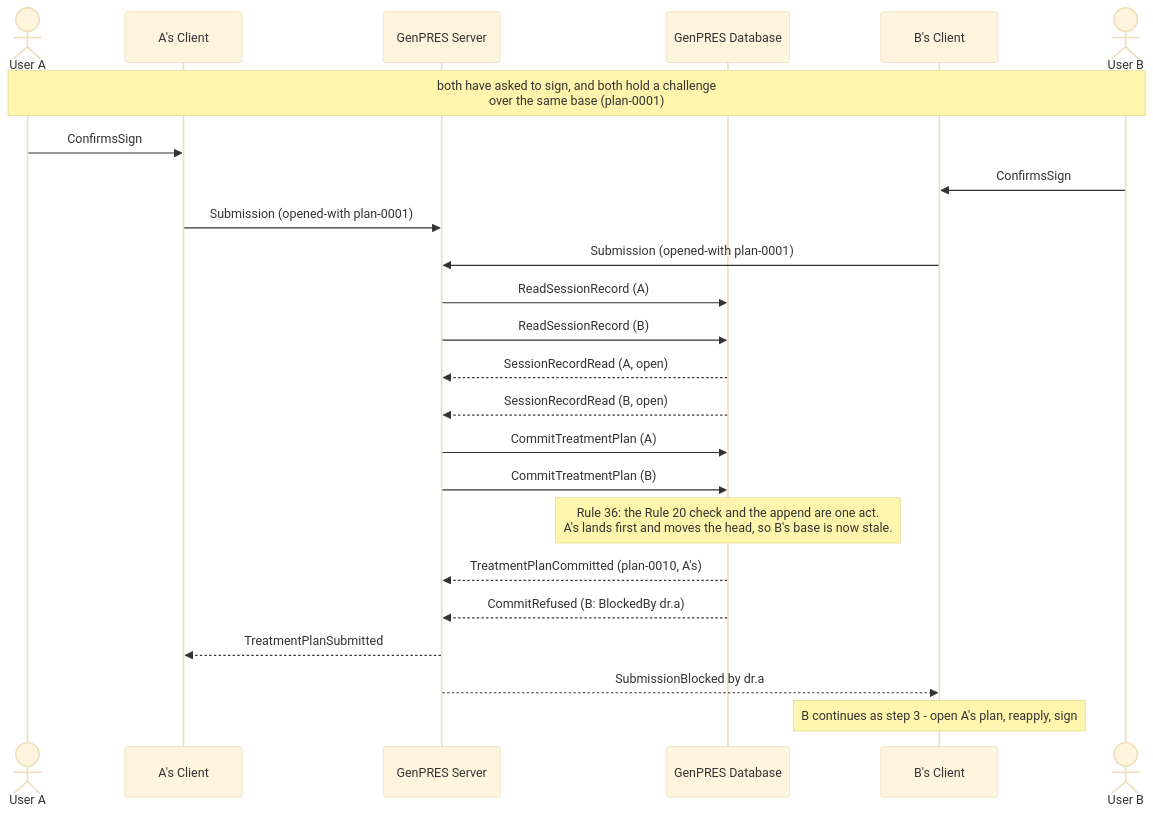
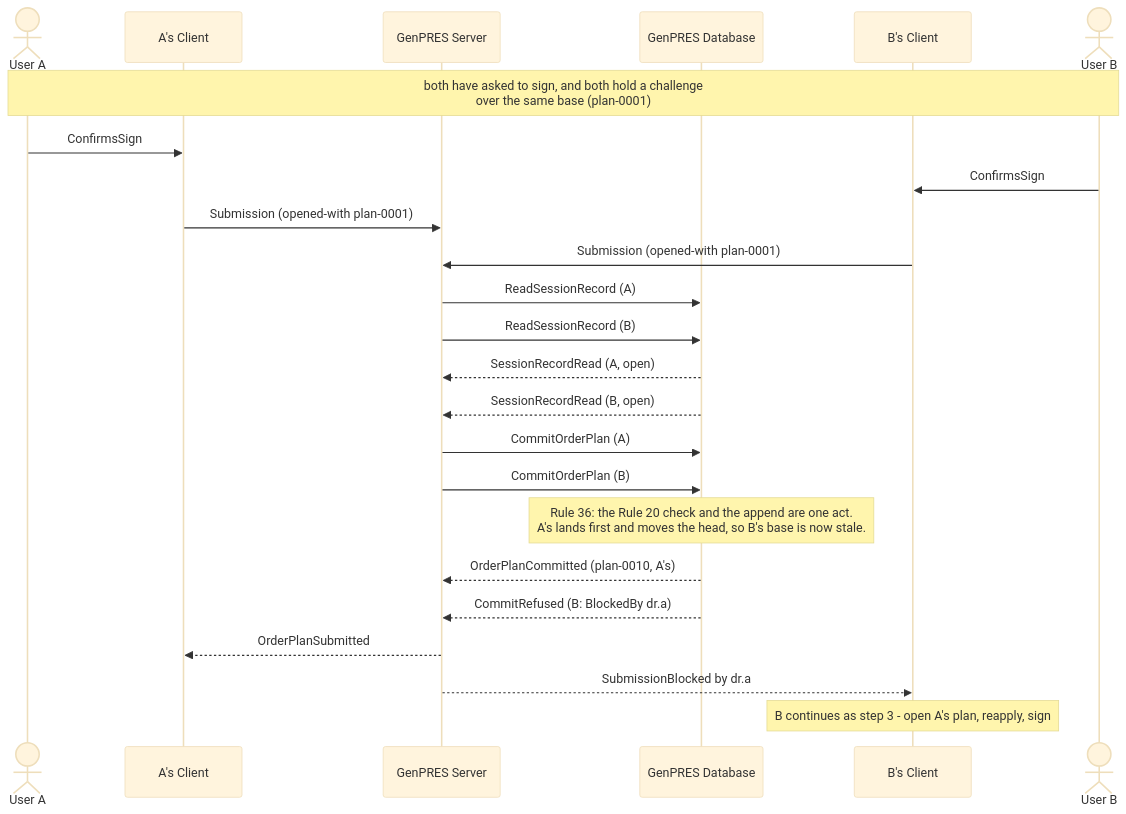
The second of 2 diagrams in docs/scenarios/integration/uc-04-two-users.md (informedica/GenPRES), drawn with Mermaid (base theme) before and after one commit. The commit also changed other lines of this file and 11 other files, not shown here.

First line of the commit message:
docs: call the integration design's TreatmentPlan OrderPlan

````diff
--- a/docs/scenarios/integration/uc-04-two-users.md
+++ b/docs/scenarios/integration/uc-04-two-users.md
@@ -85,33 +85,33 @@
 ```mermaid
 sequenceDiagram
     actor A as User A
     participant CA as A's Client
     participant S as GenPRES Server
     participant D as GenPRES Database
     participant CB as B's Client
     actor B as User B
 
     Note over A,B: both have asked to sign, and both hold a challenge<br/>over the same base (plan-0001)
 
     A->>CA: ConfirmsSign
     B->>CB: ConfirmsSign
     CA->>S: Submission (opened-with plan-0001)
     CB->>S: Submission (opened-with plan-0001)
 
     S->>D: ReadSessionRecord (A)
     S->>D: ReadSessionRecord (B)
     D-->>S: SessionRecordRead (A, open)
     D-->>S: SessionRecordRead (B, open)
 
-    S->>D: CommitTreatmentPlan (A)
-    S->>D: CommitTreatmentPlan (B)
+    S->>D: CommitOrderPlan (A)
+    S->>D: CommitOrderPlan (B)
 
     Note over D: Rule 36: the Rule 20 check and the append are one act.<br/>A's lands first and moves the head, so B's base is now stale.
 
-    D-->>S: TreatmentPlanCommitted (plan-0010, A's)
+    D-->>S: OrderPlanCommitted (plan-0010, A's)
     D-->>S: CommitRefused (B: BlockedBy dr.a)
 
-    S-->>CA: TreatmentPlanSubmitted
+    S-->>CA: OrderPlanSubmitted
     S-->>CB: SubmissionBlocked by dr.a
     Note over CB: B continues as step 3 - open A's plan, reapply, sign
 ```
````
